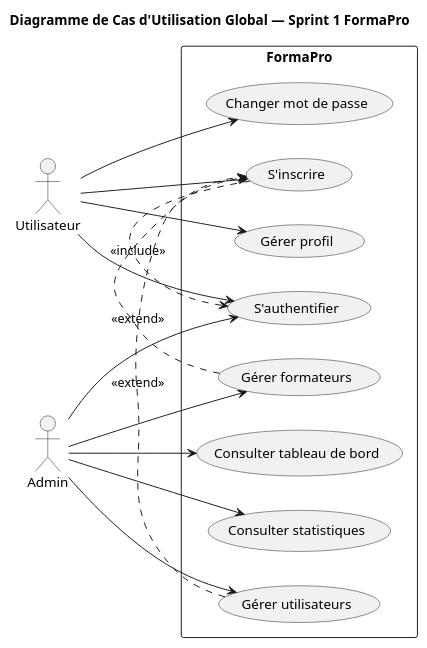
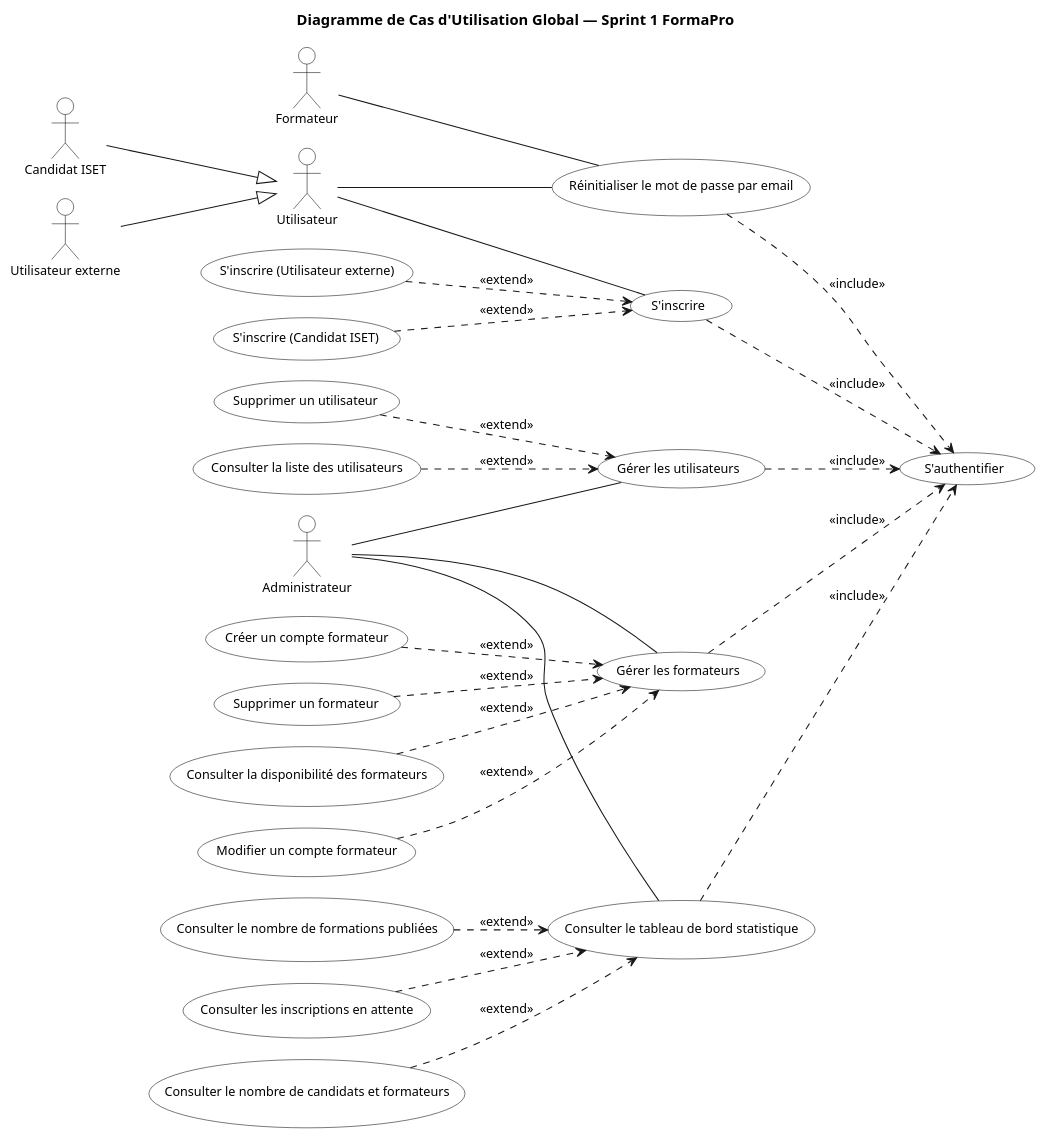
The diagram in Diagrammes_PlantUML/Sprint1_1_CasUtilisation_Global.puml (samiaaamara/projet_pfe), drawn with PlantUML before and after one commit. The commit also changed 172 other files, not shown here.

```diff
--- a/Diagrammes_PlantUML/Sprint1_1_CasUtilisation_Global.puml
+++ b/Diagrammes_PlantUML/Sprint1_1_CasUtilisation_Global.puml
@@ -1,35 +1,78 @@
 @startuml Sprint1_CasUtilisation_Global
 title Diagramme de Cas d'Utilisation Global — Sprint 1 FormaPro
 
 left to right direction
-skinparam packageStyle rectangle
 
-actor Utilisateur
-actor Admin
+scale 0.7
+skinparam dpi 150
+skinparam actorStyle default
+skinparam defaultFontName Arial
+skinparam defaultFontSize 12
+skinparam nodesep 20
+skinparam ranksep 25
 
-rectangle FormaPro {
-    usecase "S'inscrire" as UC1
-    usecase "S'authentifier" as UC2
-    usecase "Gérer profil" as UC3
-    usecase "Changer mot de passe" as UC4
-    usecase "Consulter tableau de bord" as UC5
-    usecase "Gérer utilisateurs" as UC6
-    usecase "Gérer formateurs" as UC7
-    usecase "Consulter statistiques" as UC8
+skinparam usecase {
+    BackgroundColor White
+    BorderColor Black
+    FontColor Black
+}
+skinparam actor {
+    BackgroundColor White
+    BorderColor Black
+    FontColor Black
 }
 
-Utilisateur --> UC1
-Utilisateur --> UC2
-Utilisateur --> UC3
-Utilisateur --> UC4
-Admin --> UC2
-Admin --> UC5
-Admin --> UC6
-Admin --> UC7
-Admin --> UC8
+actor "Utilisateur" as USER
+actor "Candidat ISET" as CISET
+actor "Utilisateur externe" as EXT
+actor "Formateur" as F
+actor "Administrateur" as ADMIN
 
-UC1 .> UC2 : <<include>>
-UC6 .> UC1 : <<extend>>
-UC7 .> UC1 : <<extend>>
+CISET --|> USER
+EXT   --|> USER
+
+usecase "S'authentifier" as AUTH
+usecase "S'inscrire" as UC1
+usecase "Réinitialiser le mot de passe par email" as UC3
+usecase "Gérer les utilisateurs" as UC4
+usecase "Gérer les formateurs" as UC5
+usecase "Consulter le tableau de bord statistique" as UC6
+
+usecase "S'inscrire (Candidat ISET)" as UC1_1
+usecase "S'inscrire (Utilisateur externe)" as UC1_2
+usecase "Consulter la liste des utilisateurs" as UC4_1
+usecase "Supprimer un utilisateur" as UC4_2
+usecase "Créer un compte formateur" as UC5_1
+usecase "Modifier un compte formateur" as UC5_2
+usecase "Supprimer un formateur" as UC5_3
+usecase "Consulter la disponibilité des formateurs" as UC5_4
+usecase "Consulter le nombre de candidats et formateurs" as UC6_1
+usecase "Consulter le nombre de formations publiées" as UC6_2
+usecase "Consulter les inscriptions en attente" as UC6_3
+
+USER  -- UC1
+USER  -- UC3
+F     -- UC3
+ADMIN -- UC4
+ADMIN -- UC5
+ADMIN -- UC6
+
+UC1 ..> AUTH : <<include>>
+UC3 ..> AUTH : <<include>>
+UC4 ..> AUTH : <<include>>
+UC5 ..> AUTH : <<include>>
+UC6 ..> AUTH : <<include>>
+
+UC1_1 ..> UC1 : <<extend>>
+UC1_2 ..> UC1 : <<extend>>
+UC4_1 ..> UC4 : <<extend>>
+UC4_2 ..> UC4 : <<extend>>
+UC5_1 ..> UC5 : <<extend>>
+UC5_2 ..> UC5 : <<extend>>
+UC5_3 ..> UC5 : <<extend>>
+UC5_4 ..> UC5 : <<extend>>
+UC6_1 ..> UC6 : <<extend>>
+UC6_2 ..> UC6 : <<extend>>
+UC6_3 ..> UC6 : <<extend>>
 
 @enduml
```
